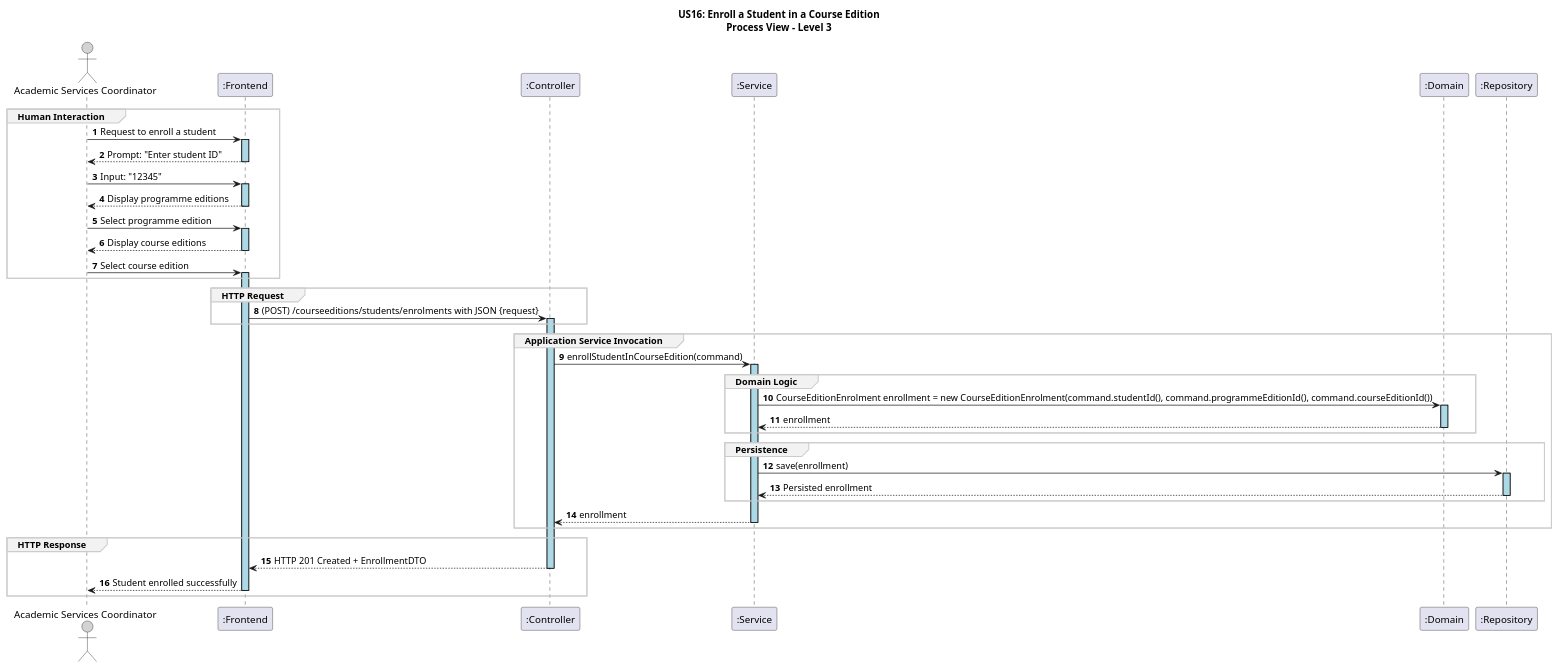
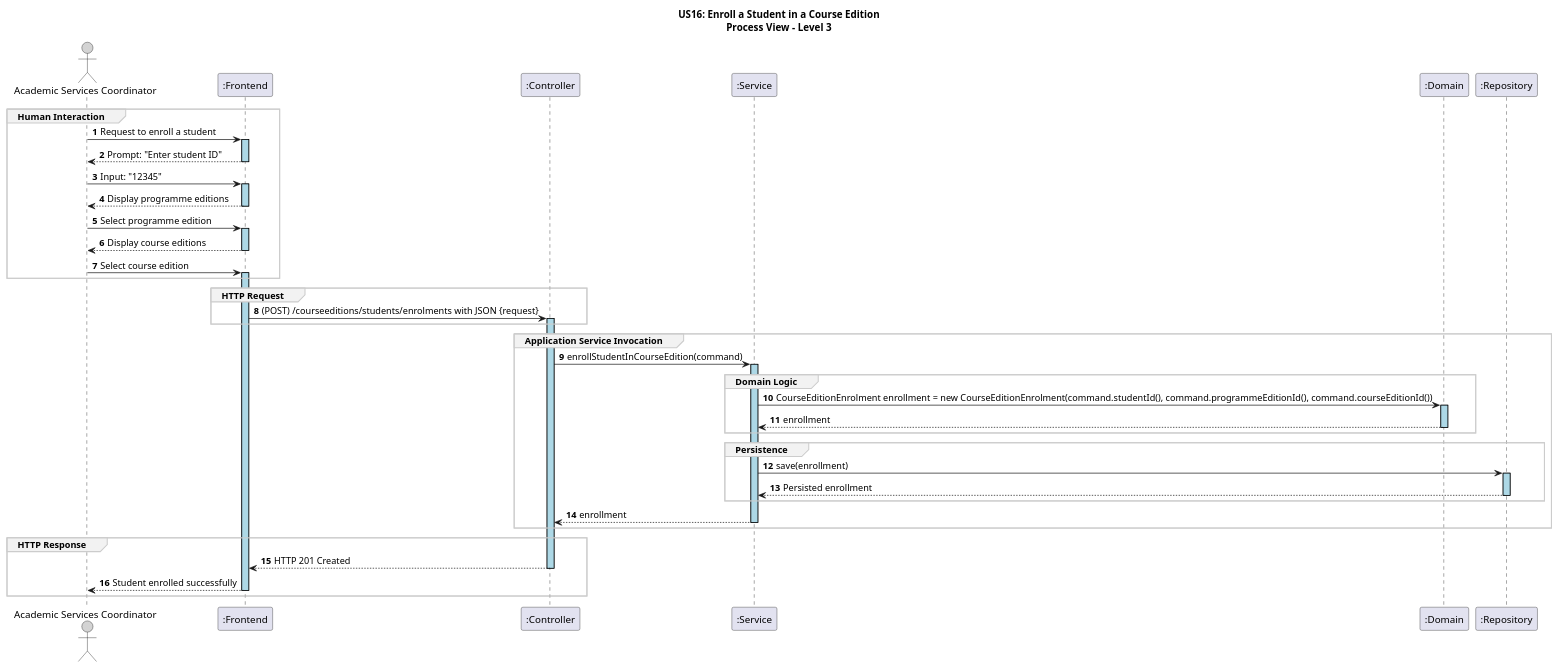
One commit to GasparISEP/DevOps-PAI changed the diagram in docs/US16/sprint6_RestController/process_view/Level3.puml. Above: the diagram before and after it, drawn with PlantUML. The commit also changed 3 other files, not shown here.

Commit message:
refactor(diagrams): consolidate Level 4 class diagram and remove Level 5 diagram; update process view diagrams to simplify HTTP response representation. refs #589 #500

```diff
--- a/docs/US16/sprint6_RestController/process_view/Level3.puml
+++ b/docs/US16/sprint6_RestController/process_view/Level3.puml
@@ -1,57 +1,57 @@
 @startuml
 autonumber
 
 skinparam sequence {
     LifelineBorderColor black
     LifelineBackgroundColor LightBlue
     ActorBorderColor black
     ActorBackgroundColor LightGray
     GroupBorderColor #cccccc
     GroupBackgroundColor #f2f2f2
 }
 
 title US16: Enroll a Student in a Course Edition\nProcess View – Level 3
 
 actor ASC as "Academic Services Coordinator"
 participant ":Frontend" as FE
 participant ":Controller" as CT
 participant ":Service" as SE
 participant ":Domain" as DM
 participant ":Repository" as RE
 
 group Human Interaction
 ASC -> FE ++: Request to enroll a student
 FE --> ASC --: Prompt: "Enter student ID"
 ASC -> FE ++: Input: "12345"
 FE --> ASC --: Display programme editions
 ASC -> FE ++: Select programme edition
 FE --> ASC --: Display course editions
 ASC -> FE ++: Select course edition
 end group
 
 group HTTP Request
 FE -> CT ++: (POST) /courseeditions/students/enrolments with JSON {request}
 end group
 
 group Application Service Invocation
 CT -> SE ++: enrollStudentInCourseEdition(command)
 
 group Domain Logic
 SE -> DM ++: CourseEditionEnrolment enrollment = new CourseEditionEnrolment(command.studentId(), command.programmeEditionId(), command.courseEditionId())
 DM --> SE --: enrollment
 end group
 
 group Persistence
 SE -> RE ++: save(enrollment)
 RE --> SE --: Persisted enrollment
 end group
 
 SE --> CT --: enrollment
 end group
 
 group HTTP Response
-CT --> FE --: HTTP 201 Created + EnrollmentDTO
+CT --> FE --: HTTP 201 Created
 FE --> ASC --: Student enrolled successfully
 end group
 
 @enduml
```
